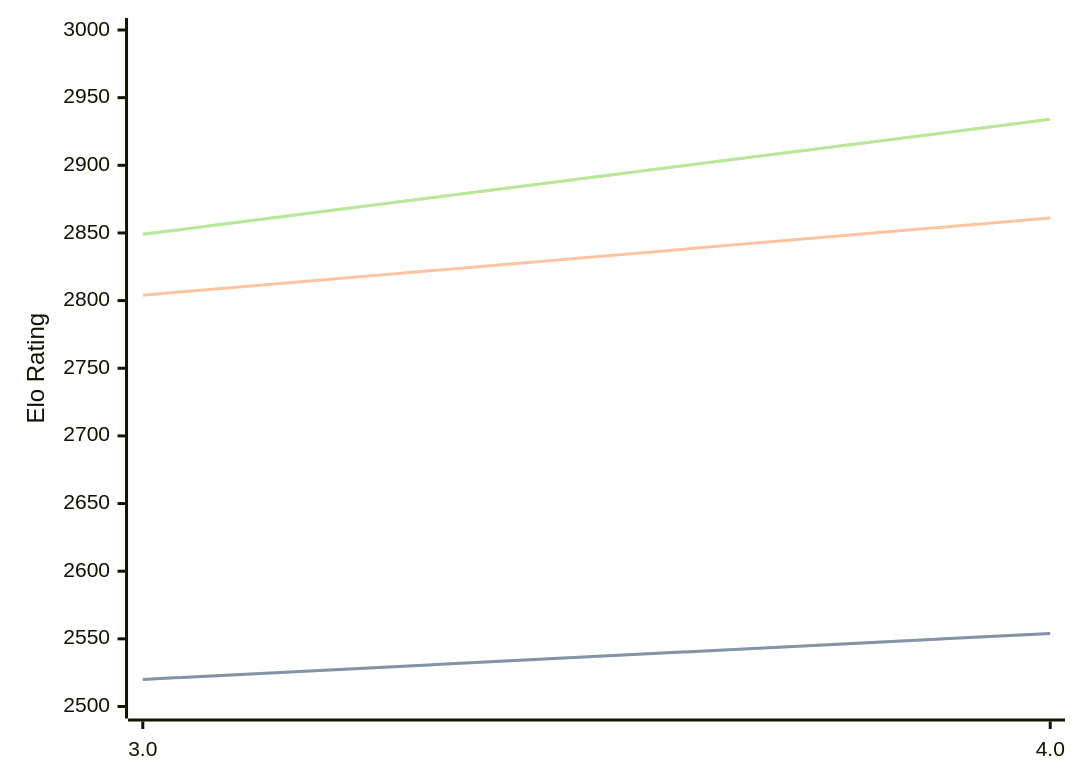
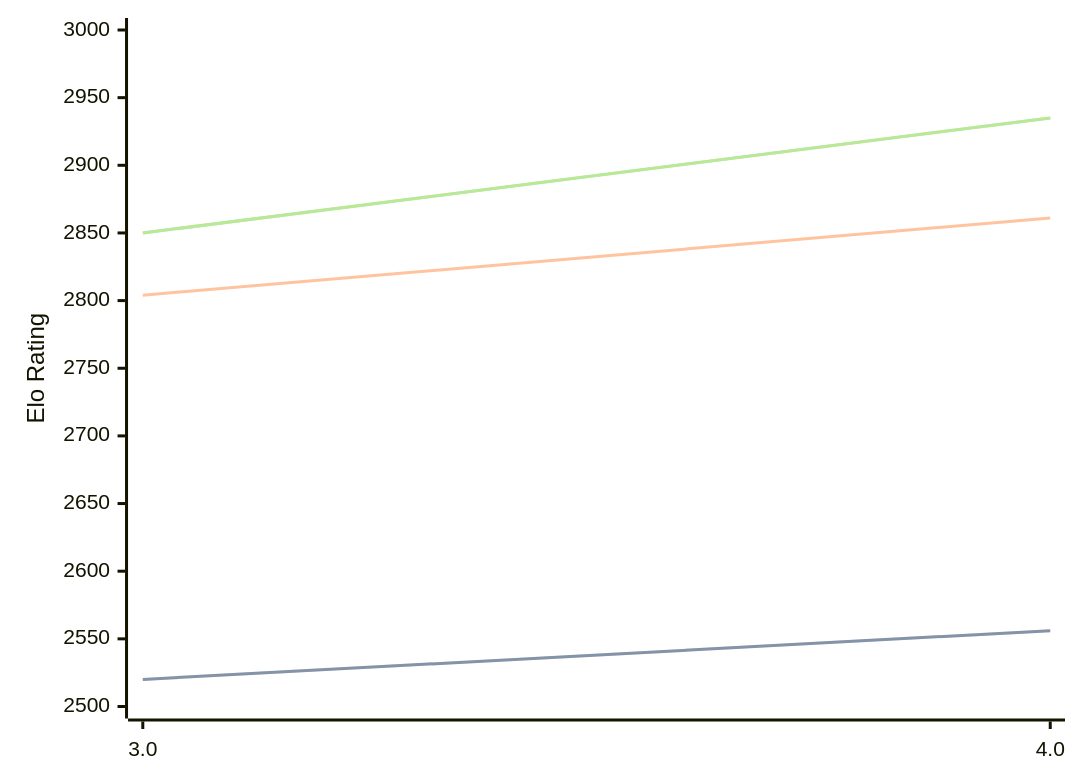
Before and after one commit to computer-chess-index/cci: the diagram in engines/Chess3.md, drawn with Mermaid. The commit also changed other lines of this file, not shown here.

Commit message:
Update CCI Ratings (ELO VLTC) - 2026-05-12

````diff
--- a/engines/Chess3.md
+++ b/engines/Chess3.md
@@ -34,11 +34,11 @@
 ```mermaid
 %%{init: {"theme":"base","themeVariables":{"seriesColors:['#a3a3a3','#222221','#faa371']}}}%%
 xychart-beta
   x-axis ["3.0", "4.0"]
   y-axis "Elo Rating" 2500 --> 3000
-  line "STC (8.0+0.08s)" [2520, 2554]
-  line "STC (8.0+0.08s)" [2520, 2554]
+  line "STC (8.0+0.08s)" [2520, 2556]
+  line "STC (8.0+0.08s)" [2520, 2556]
   line "LTC (60.0+0.60s)" [2804, 2861]
-  line "VLTC (2m24s+1.12s)" [2849, 2934]
-  line "VLTC (2m24s+1.12s)" [2849, 2934]
+  line "VLTC (2m24s+1.12s)" [2850, 2935]
+  line "VLTC (2m24s+1.12s)" [2850, 2935]
 ```
````
